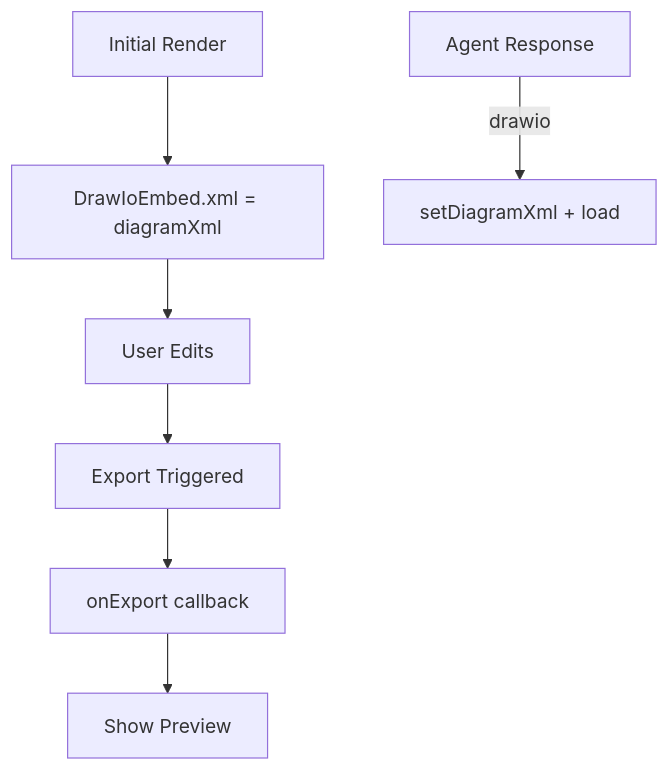
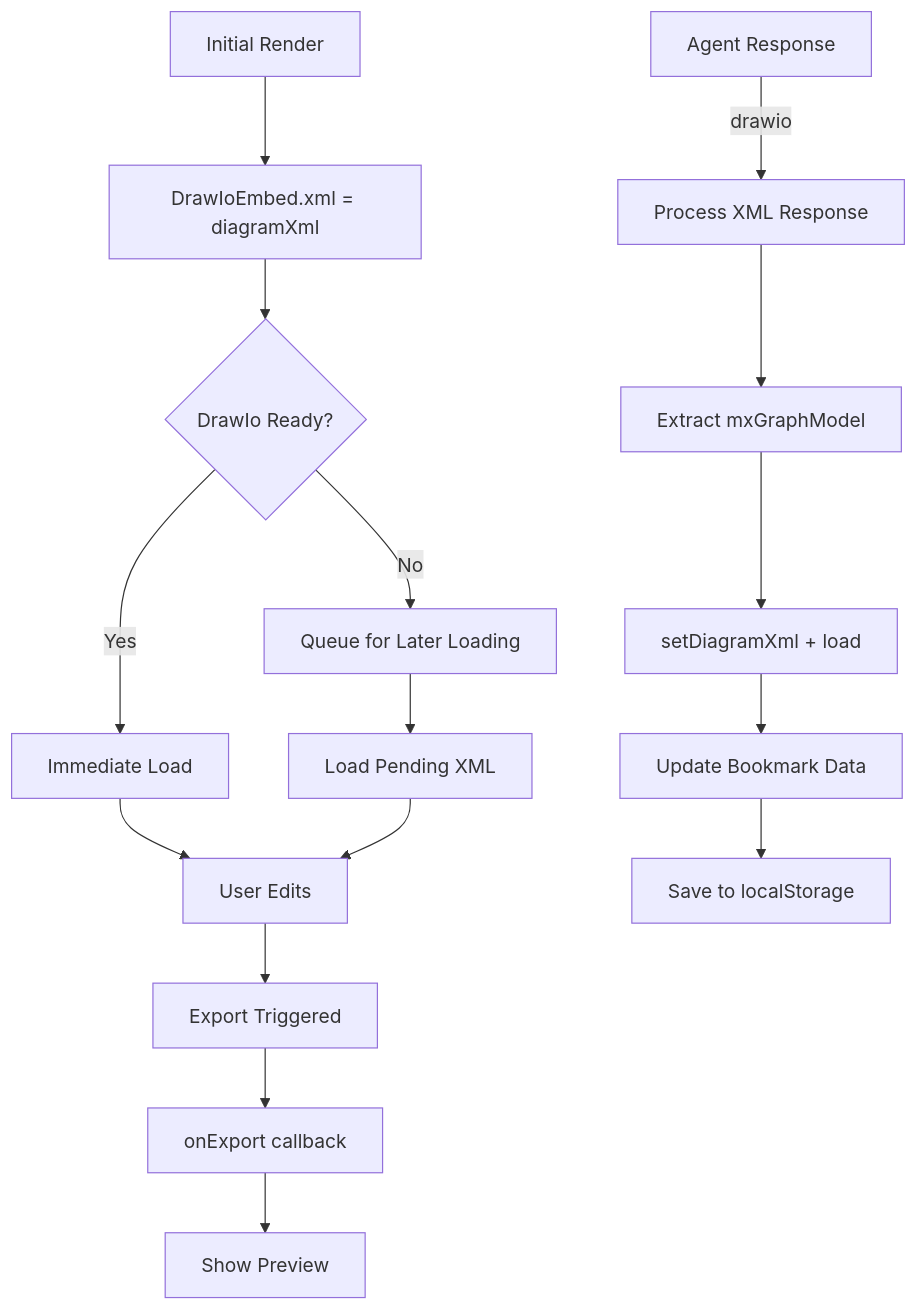
One commit to shrekboss/agent-draw-io-front changed diagram 12 of 15 in .qoder/repowiki/en/content/Diagram Editor.md. Above: the diagram before and after it, drawn with Mermaid. The commit also changed other lines of this file and 13 other files, not shown here.

Commit message:
feat(agent-draw-io-front): 优化交互式画图

````diff
--- a/.qoder/repowiki/en/content/Diagram Editor.md
+++ b/.qoder/repowiki/en/content/Diagram Editor.md
@@ -305,9 +589,18 @@
 ```mermaid
 flowchart TD
 Init["Initial Render"] --> XMLProp["DrawIoEmbed.xml = diagramXml"]
-XMLProp --> Edit["User Edits"]
+XMLProp --> EditorReady{"DrawIo Ready?"}
+EditorReady --> |Yes| DirectLoad["Immediate Load"]
+EditorReady --> |No| QueueXML["Queue for Later Loading"]
+DirectLoad --> Edit["User Edits"]
+QueueXML --> PendingLoad["Load Pending XML"]
+PendingLoad --> Edit
 Edit --> Export["Export Triggered"]
 Export --> OnExport["onExport callback"]
 OnExport --> Preview["Show Preview"]
-AgentResp["Agent Response"] --> |drawio| Update["setDiagramXml + load"]
+AgentResp["Agent Response"] --> |drawio| ProcessXML["Process XML Response"]
+ProcessXML --> ExtractModel["Extract mxGraphModel"]
+ExtractModel --> UpdateState["setDiagramXml + load"]
+UpdateState --> UpdateBookmark["Update Bookmark Data"]
+UpdateBookmark --> SaveLocalStorage["Save to localStorage"]
 ```
````
